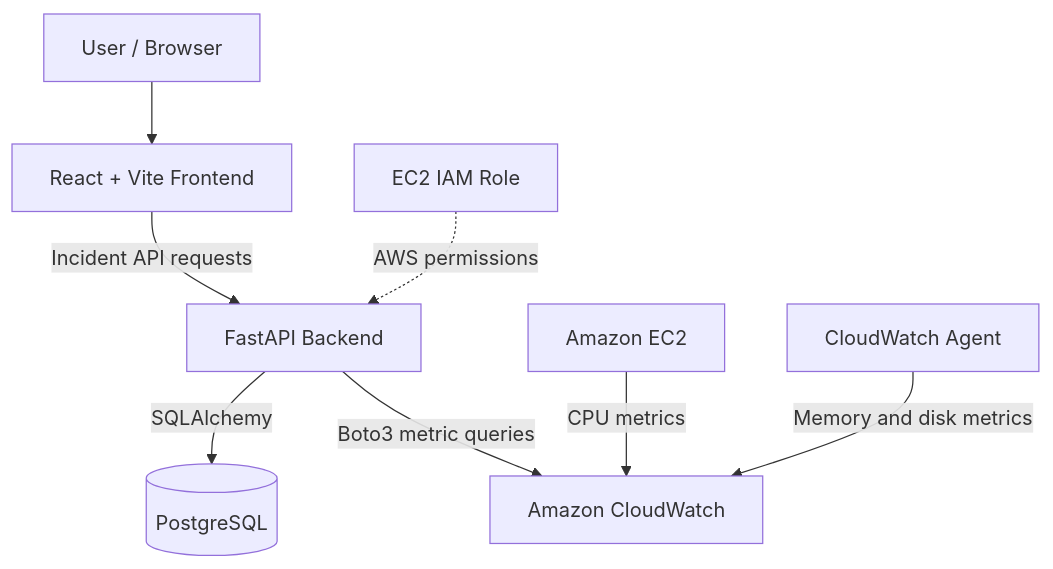
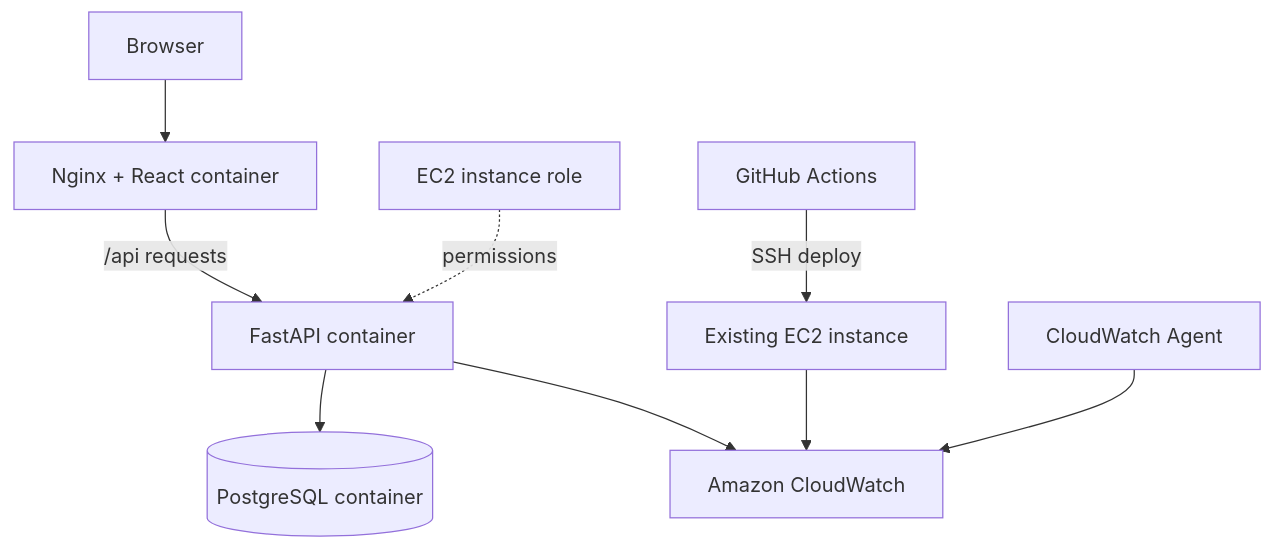
The diagram in docs/architecture.md (Bharath9542530187/CloudOps-Nexus), drawn with Mermaid before and after one commit. The commit also changed other lines of this file, not shown here.

Commit message:
Update architecture for Docker Compose deployment

````diff
--- a/docs/architecture.md
+++ b/docs/architecture.md
@@ -7,10 +5,11 @@
 ```mermaid
 flowchart TB
-    USER[User / Browser] --> UI[React + Vite Frontend]
-    UI -->|Incident API requests| API[FastAPI Backend]
-    API -->|SQLAlchemy| DB[(PostgreSQL)]
-    API -->|Boto3 metric queries| CW[Amazon CloudWatch]
-    EC2[Amazon EC2] -->|CPU metrics| CW
-    AGENT[CloudWatch Agent] -->|Memory and disk metrics| CW
-    IAM[EC2 IAM Role] -. AWS permissions .-> API
+    USER[Browser] --> NGINX[Nginx + React container]
+    NGINX -->|/api requests| API[FastAPI container]
+    API --> DB[(PostgreSQL container)]
+    API --> CW[Amazon CloudWatch]
+    EC2[Existing EC2 instance] --> CW
+    AGENT[CloudWatch Agent] --> CW
+    ROLE[EC2 instance role] -. permissions .-> API
+    GHA[GitHub Actions] -->|SSH deploy| EC2
 ```
````
